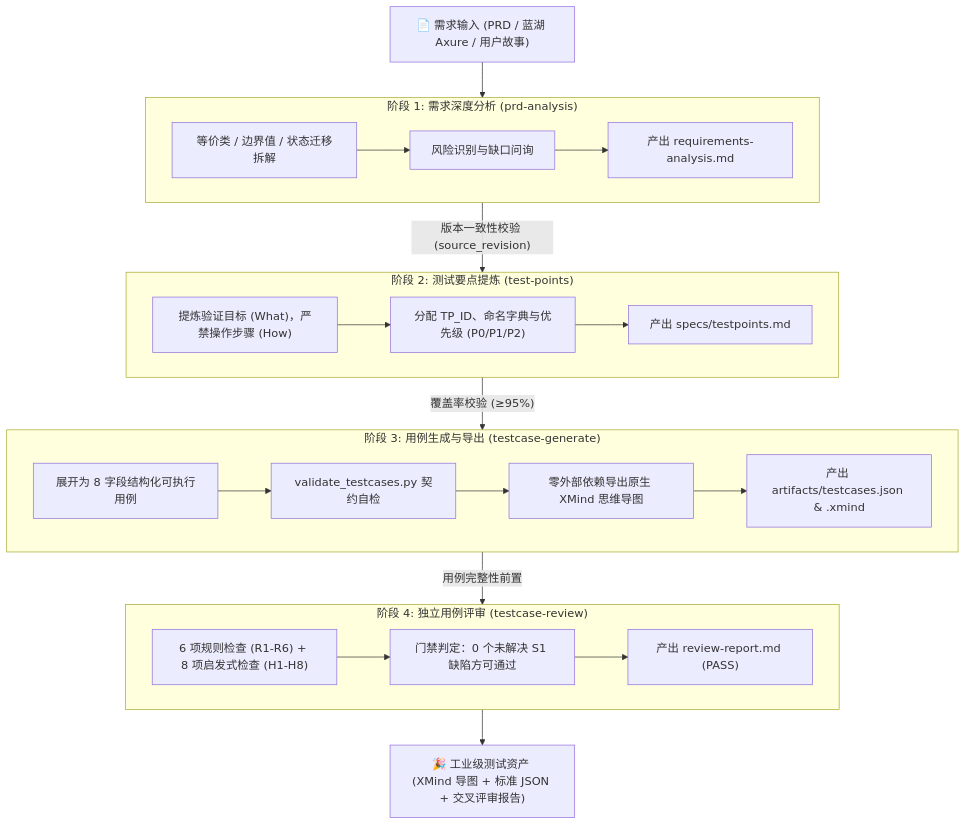
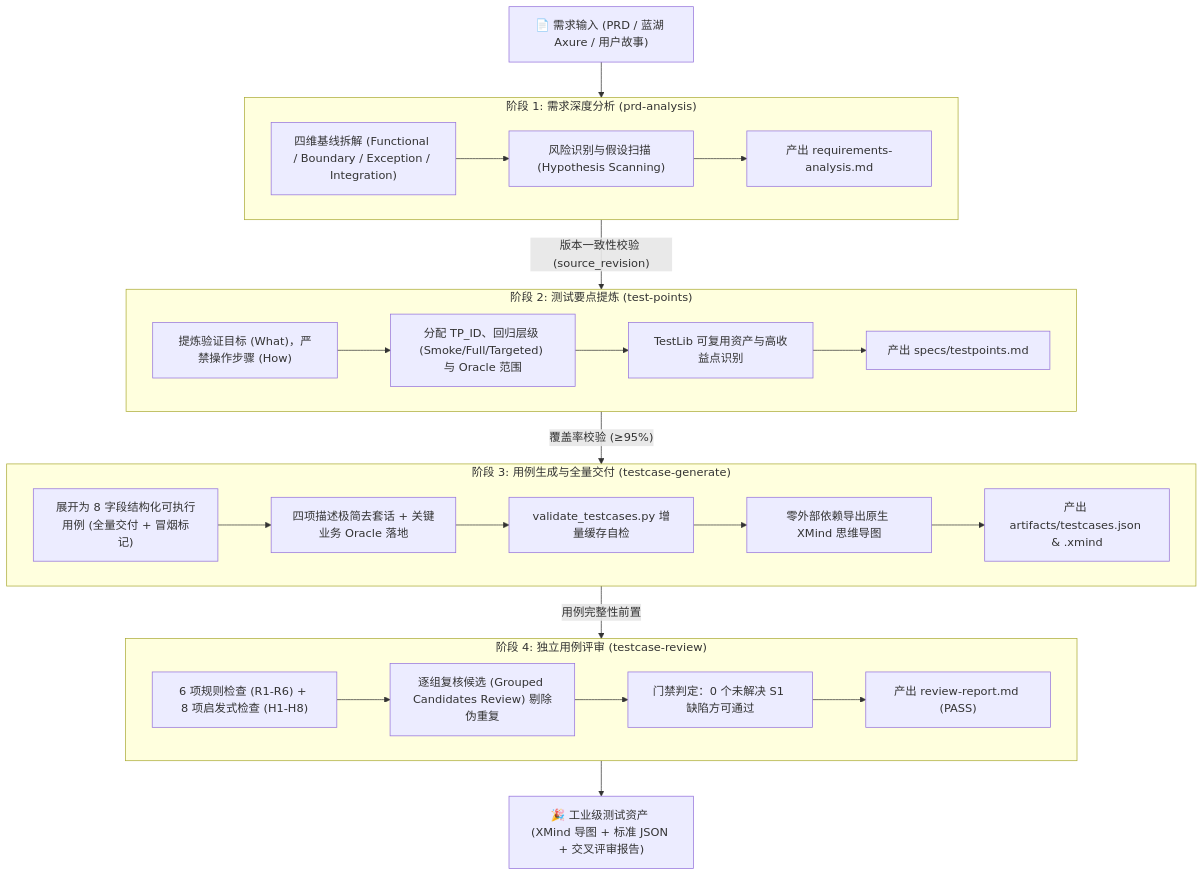
One commit to sx-mogule/TestSpec changed the diagram in README.md. Above: the diagram before and after it, drawn with Mermaid. The commit also changed other lines of this file and 18 other files, not shown here.

````diff
--- a/README.md
+++ b/README.md
@@ -26,37 +26,40 @@
 ```mermaid
 flowchart TD
     PRD["📄 需求输入 (PRD / 蓝湖 Axure / 用户故事)"] --> S1
     
     subgraph S1 ["阶段 1: 需求深度分析 (prd-analysis)"]
-        A1["等价类 / 边界值 / 状态迁移拆解"]
-        A2["风险识别与缺口问询"]
+        A1["四维基线拆解 (Functional / Boundary / Exception / Integration)"]
+        A2["风险识别与假设扫描 (Hypothesis Scanning)"]
         A1 --> A2 --> R1["产出 requirements-analysis.md"]
     end
 
     S1 -->|"版本一致性校验 (source_revision)"| S2
 
     subgraph S2 ["阶段 2: 测试要点提炼 (test-points)"]
         B1["提炼验证目标 (What)，严禁操作步骤 (How)"]
-        B2["分配 TP_ID、命名字典与优先级 (P0/P1/P2)"]
-        B1 --> B2 --> R2["产出 specs/testpoints.md"]
+        B2["分配 TP_ID、回归层级 (Smoke/Full/Targeted) 与 Oracle 范围"]
+        B3["TestLib 可复用资产与高收益点识别"]
+        B1 --> B2 --> B3 --> R2["产出 specs/testpoints.md"]
     end
 
     S2 -->|"覆盖率校验 (≥95%)"| S3
 
-    subgraph S3 ["阶段 3: 用例生成与导出 (testcase-generate)"]
-        C1["展开为 8 字段结构化可执行用例"]
-        C2["validate_testcases.py 契约自检"]
-        C3["零外部依赖导出原生 XMind 思维导图"]
-        C1 --> C2 --> C3 --> R3["产出 artifacts/testcases.json & .xmind"]
+    subgraph S3 ["阶段 3: 用例生成与全量交付 (testcase-generate)"]
+        C1["展开为 8 字段结构化可执行用例 (全量交付 + 冒烟标记)"]
+        C2["四项描述极简去套话 + 关键业务 Oracle 落地"]
+        C3["validate_testcases.py 增量缓存自检"]
+        C4["零外部依赖导出原生 XMind 思维导图"]
+        C1 --> C2 --> C3 --> C4 --> R3["产出 artifacts/testcases.json & .xmind"]
     end
 
     S3 -->|"用例完整性前置"| S4
 
     subgraph S4 ["阶段 4: 独立用例评审 (testcase-review)"]
         D1["6 项规则检查 (R1-R6) + 8 项启发式检查 (H1-H8)"]
-        D2["门禁判定：0 个未解决 S1 缺陷方可通过"]
-        D1 --> D2 --> R4["产出 review-report.md (PASS)"]
+        D2["逐组复核候选 (Grouped Candidates Review) 剔除伪重复"]
+        D3["门禁判定：0 个未解决 S1 缺陷方可通过"]
+        D1 --> D2 --> D3 --> R4["产出 review-report.md (PASS)"]
     end
 
     S4 --> Final["🎉 工业级测试资产 (XMind 导图 + 标准 JSON + 交叉评审报告)"]
 ```
````
